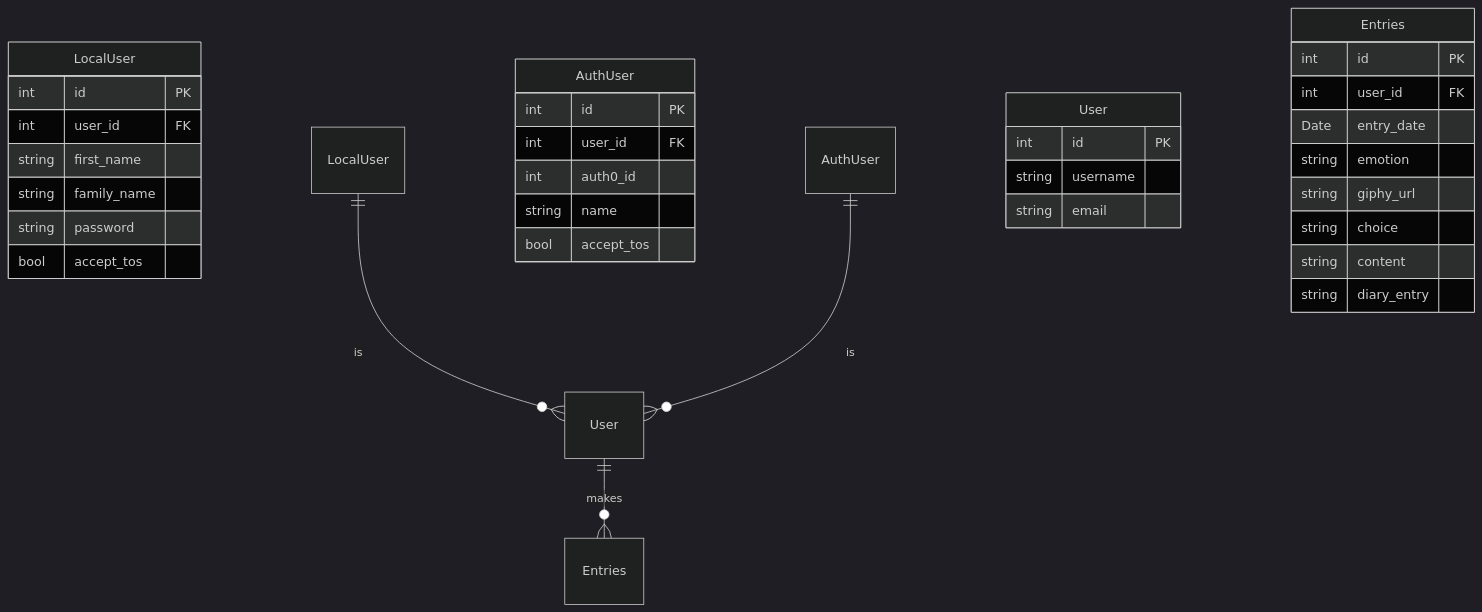
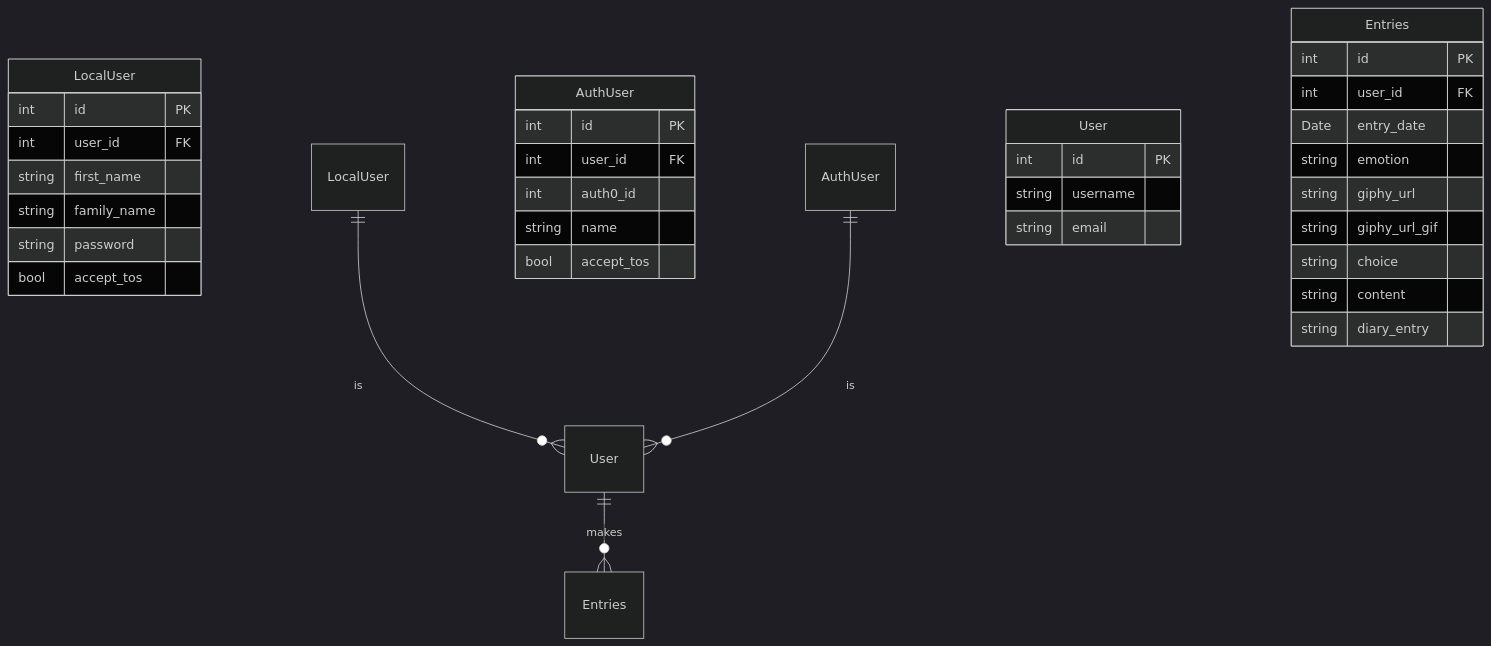
One commit to Rachel-Tookey/GIFeels changed the second of 2 diagrams in README.md. Above: the diagram before and after it, drawn with Mermaid (dark theme). The commit also changed 3 other files, not shown here.

````diff
--- a/README.md
+++ b/README.md
@@ -31,36 +31,37 @@
 ```mermaid
 erDiagram
     a[LocalUser] {
         int id PK
         int user_id FK
         string first_name
         string family_name
         string password
         bool accept_tos 
     }
     LocalUser ||--o{ User : is
     b[AuthUser] {
         int id PK
         int user_id FK
         int auth0_id
         string name
         bool accept_tos 
     }
     AuthUser ||--o{ User : is
     c[User] {
         int id PK 
         string username
         string email
     }
     d[Entries] {
         int id PK
         int user_id FK
         Date entry_date
         string emotion
         string giphy_url
+        string giphy_url_gif
         string choice 
         string content
         string diary_entry
     }
     User ||--o{ Entries : makes 
 ```
````
